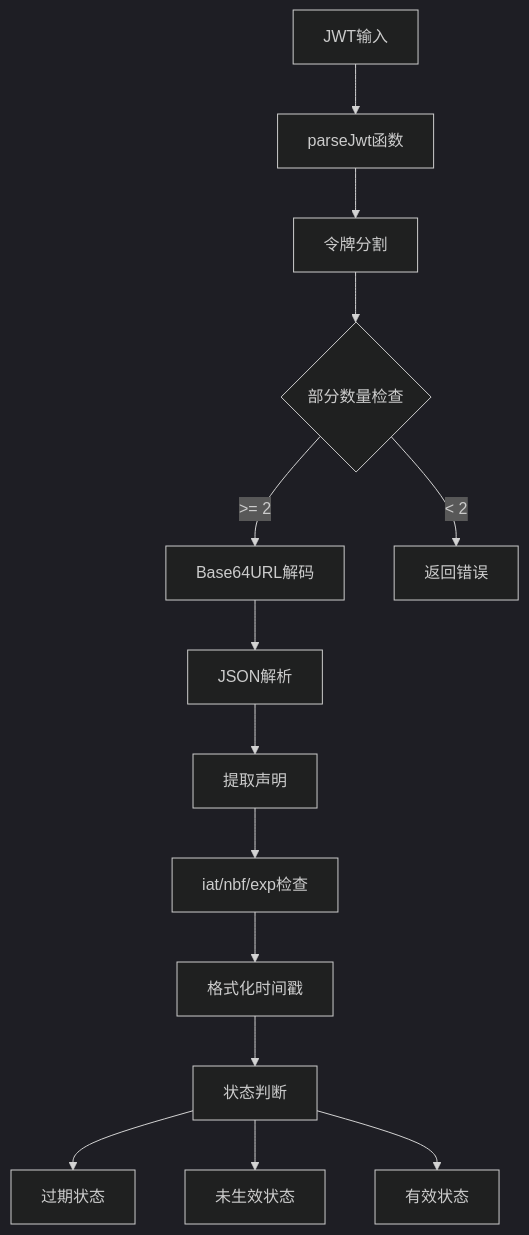
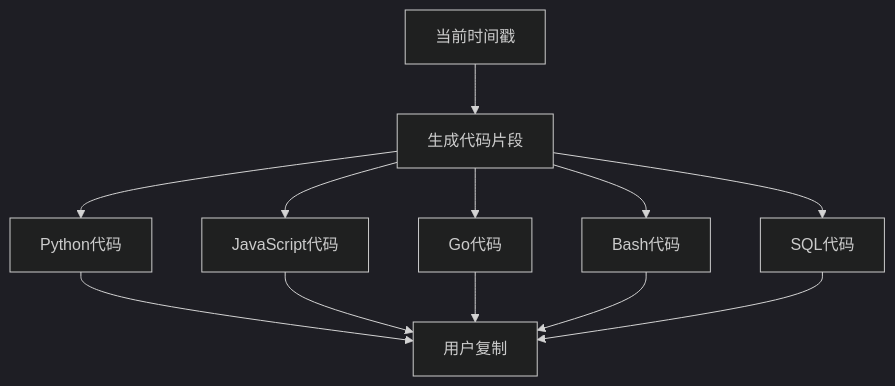
Before and after one commit to sgyy/privadeck: diagram 11 of 13 in .qoder/repowiki/zh/content/开发者工具/时间戳工具.md, drawn with Mermaid (dark theme). The commit also changed other lines of this file and 48 other files, not shown here.

````diff
--- a/.qoder/repowiki/zh/content/开发者工具/时间戳工具.md
+++ b/.qoder/repowiki/zh/content/开发者工具/时间戳工具.md
@@ -369,16 +502,14 @@
 ```mermaid
 flowchart TD
-A[JWT输入] --> B[parseJwt函数]
-B --> C[令牌分割]
-C --> D{部分数量检查}
-D --> |>= 2| E[Base64URL解码]
-D --> |< 2| F[返回错误]
-E --> G[JSON解析]
-G --> H[提取声明]
-H --> I[iat/nbf/exp检查]
-I --> J[格式化时间戳]
-J --> K[状态判断]
-K --> L[过期状态]
-K --> M[未生效状态]
-K --> N[有效状态]
+A[当前时间戳] --> B[生成代码片段]
+B --> C[Python代码]
+B --> D[JavaScript代码]
+B --> E[Go代码]
+B --> F[Bash代码]
+B --> G[SQL代码]
+C --> H[用户复制]
+D --> H
+E --> H
+F --> H
+G --> H
 ```
````
